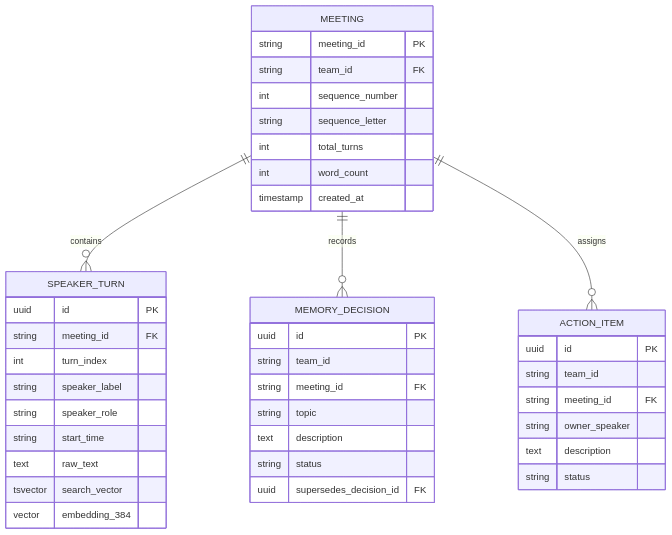
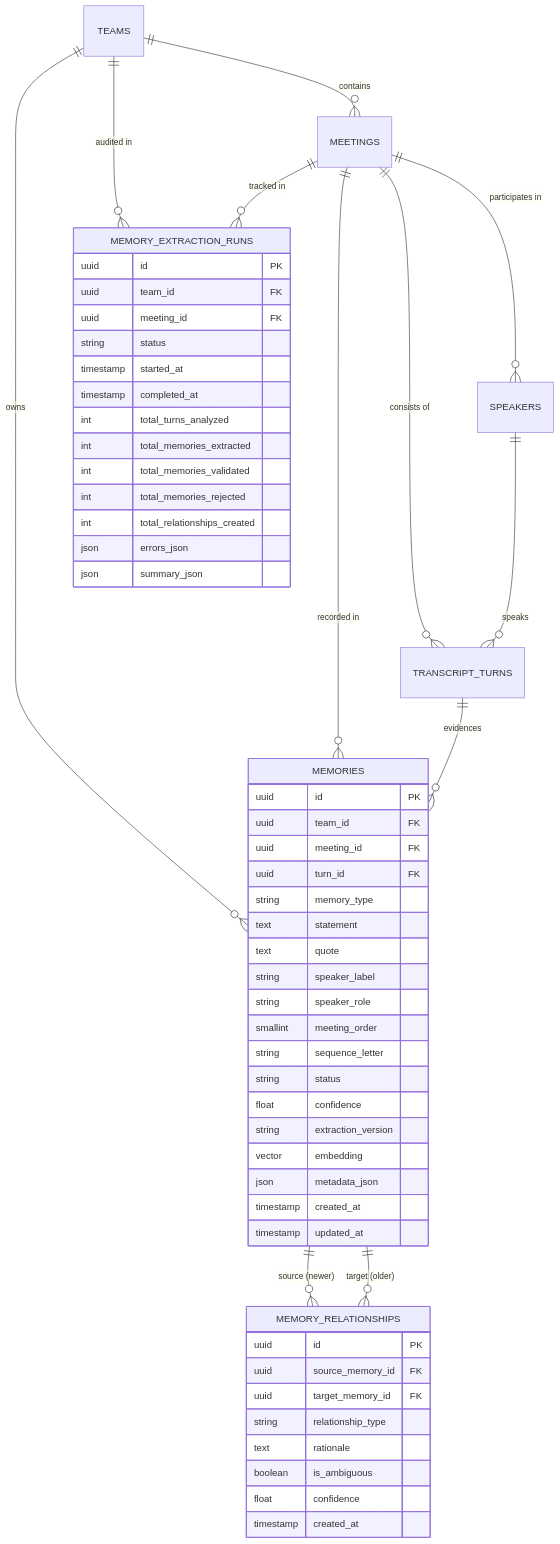
Before and after one commit to Zukhruf-khattak/CatalystMediaProject: the diagram in docs/03_DATA_AND_MEMORY_DESIGN.md, drawn with Mermaid. The commit also changed other lines of this file and 35 other files, not shown here.

Commit message:
feat(memory): implement Phase 3 temporal meeting memory and reasoning system

````diff
--- a/docs/03_DATA_AND_MEMORY_DESIGN.md
+++ b/docs/03_DATA_AND_MEMORY_DESIGN.md
@@ -20,44 +21,65 @@
 ```mermaid
 erDiagram
-    MEETING {
-        string meeting_id PK
-        string team_id FK
-        int sequence_number
+    TEAMS ||--o{ MEETINGS : "contains"
+    MEETINGS ||--o{ SPEAKERS : "participates in"
+    MEETINGS ||--o{ TRANSCRIPT_TURNS : "consists of"
+    SPEAKERS ||--o{ TRANSCRIPT_TURNS : "speaks"
+
+    TEAMS ||--o{ MEMORIES : "owns"
+    MEETINGS ||--o{ MEMORIES : "recorded in"
+    TRANSCRIPT_TURNS ||--o{ MEMORIES : "evidences"
+
+    MEMORIES ||--o{ MEMORY_RELATIONSHIPS : "source (newer)"
+    MEMORIES ||--o{ MEMORY_RELATIONSHIPS : "target (older)"
+
+    TEAMS ||--o{ MEMORY_EXTRACTION_RUNS : "audited in"
+    MEETINGS ||--o{ MEMORY_EXTRACTION_RUNS : "tracked in"
+
+    MEMORIES {
+        uuid id PK
+        uuid team_id FK
+        uuid meeting_id FK
+        uuid turn_id FK
+        string memory_type
+        text statement
+        text quote
+        string speaker_label
+        string speaker_role
+        smallint meeting_order
         string sequence_letter
-        int total_turns
-        int word_count
+        string status
+        float confidence
+        string extraction_version
+        vector embedding
+        json metadata_json
+        timestamp created_at
+        timestamp updated_at
+    }
+
+    MEMORY_RELATIONSHIPS {
+        uuid id PK
+        uuid source_memory_id FK
+        uuid target_memory_id FK
+        string relationship_type
+        text rationale
+        boolean is_ambiguous
+        float confidence
         timestamp created_at
     }
-    SPEAKER_TURN {
+
+    MEMORY_EXTRACTION_RUNS {
         uuid id PK
-        string meeting_id FK
-        int turn_index
-        string speaker_label
-        string speaker_role
-        string start_time
-        text raw_text
-        tsvector search_vector
-        vector embedding_384
+        uuid team_id FK
+        uuid meeting_id FK
+        string status
+        timestamp started_at
+        timestamp completed_at
+        int total_turns_analyzed
+        int total_memories_extracted
+        int total_memories_validated
+        int total_memories_rejected
+        int total_relationships_created
+        json errors_json
+        json summary_json
     }
-    MEMORY_DECISION {
-        uuid id PK
-        string team_id
-        string meeting_id FK
-        string topic
-        text description
-        string status
-        uuid supersedes_decision_id FK
-    }
-    ACTION_ITEM {
-        uuid id PK
-        string team_id
-        string meeting_id FK
-        string owner_speaker
-        text description
-        string status
-    }
-
-    MEETING ||--o{ SPEAKER_TURN : "contains"
-    MEETING ||--o{ MEMORY_DECISION : "records"
-    MEETING ||--o{ ACTION_ITEM : "assigns"
 ```
````
